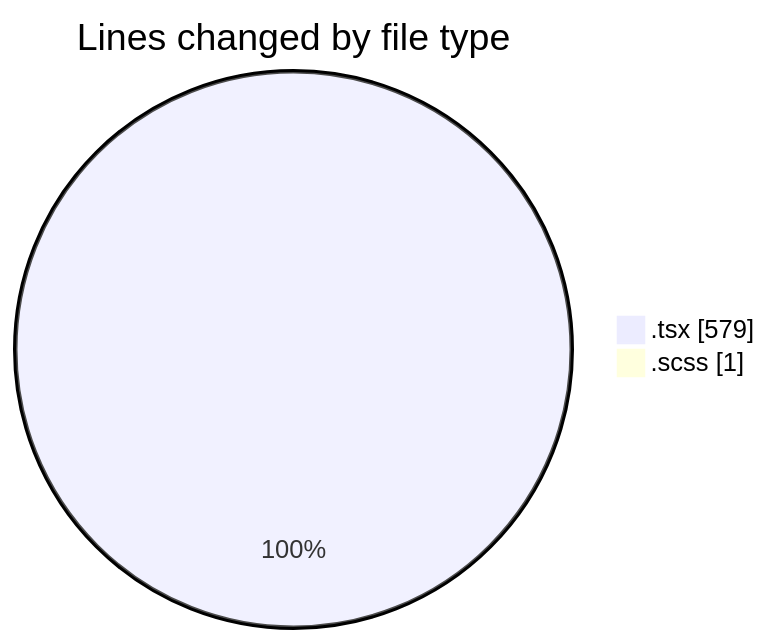
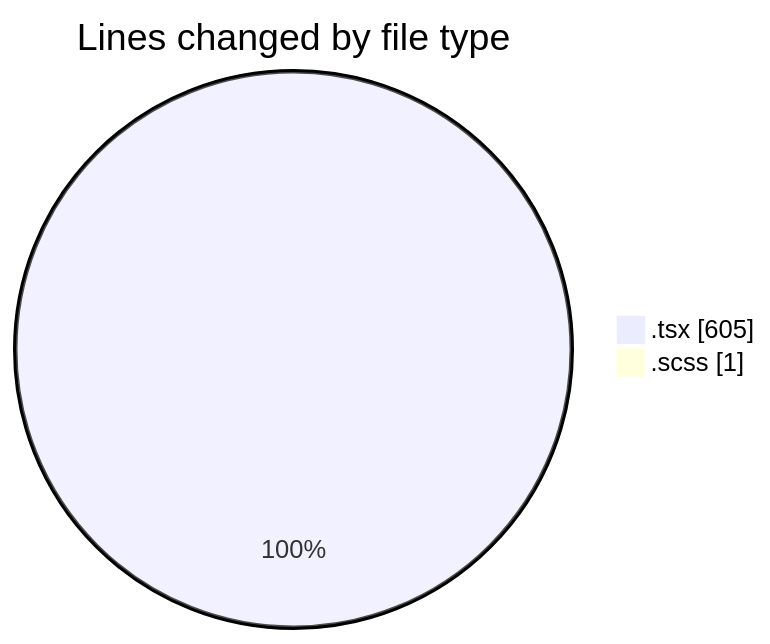
The first of 2 diagrams in 2025-03-19/cda/README.md (momahboobian/code-tracking), drawn with Mermaid before and after one commit. The commit also changed other lines of this file and 1 other file, not shown here.

````diff
--- a/2025-03-19/cda/README.md
+++ b/2025-03-19/cda/README.md
@@ -23,6 +23,6 @@
 ```mermaid
 pie showData
 title Lines changed by file type
-".tsx" : 579
+".tsx" : 605
 ".scss" : 1
 ```
````
